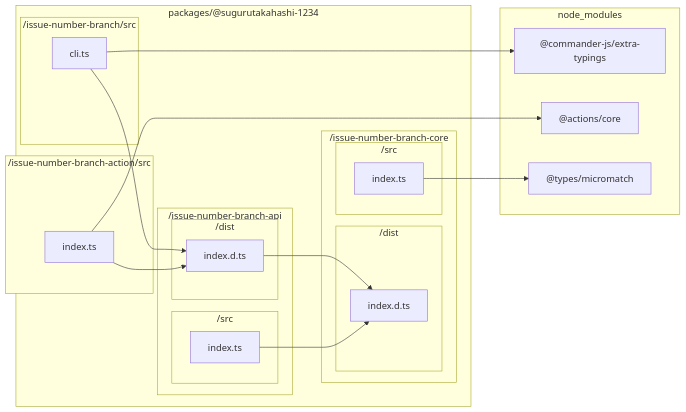
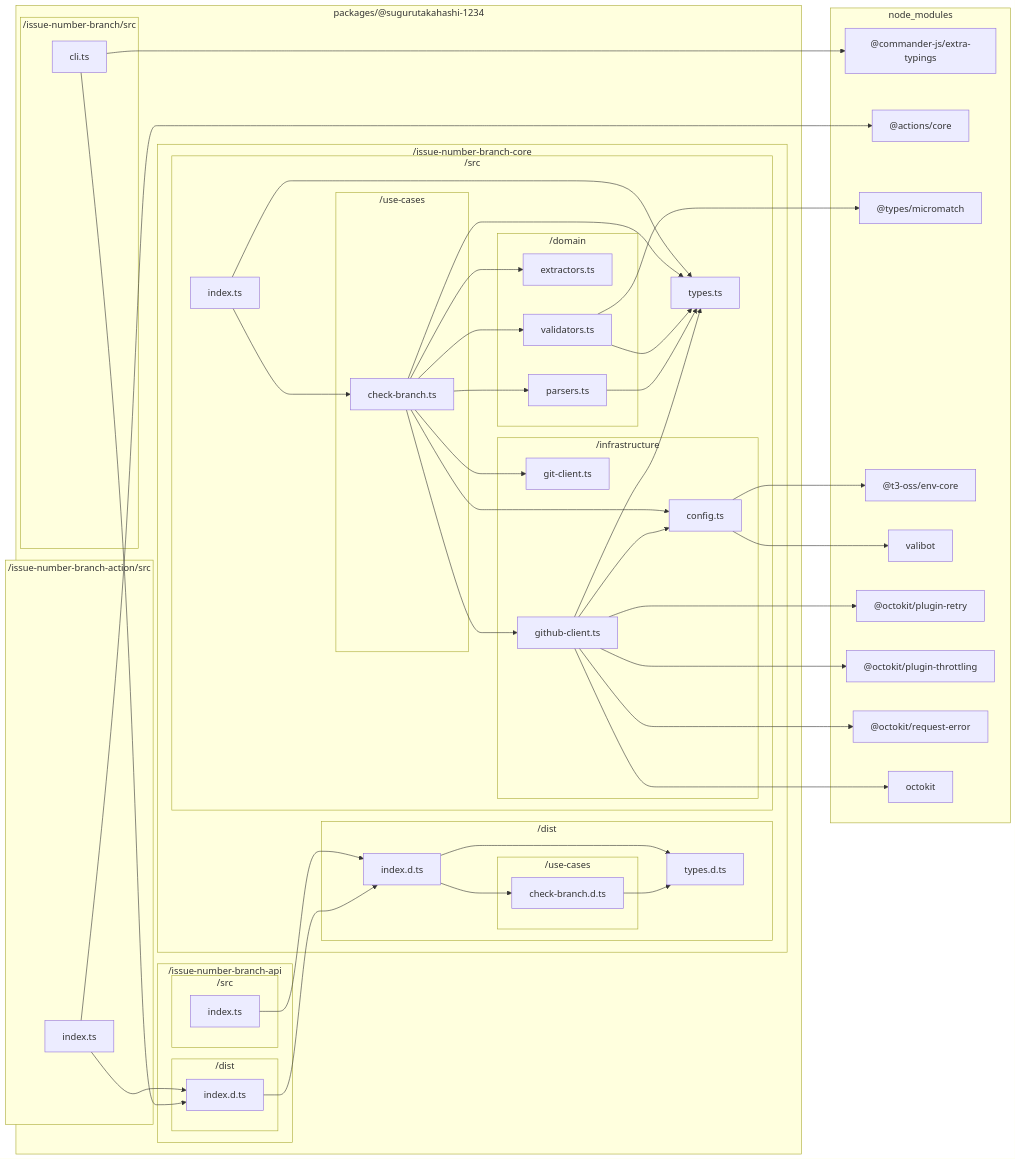
The diagram in docs/reports/dependencies/all.md (sugurutakahashi-1234/issue-linker), drawn with Mermaid before and after one commit. The commit also changed 32 other files, not shown here.

First line of the commit message:
feat: refactor issue-number-branch packages [deps-change]

````diff
--- a/docs/reports/dependencies/all.md
+++ b/docs/reports/dependencies/all.md
@@ -9,10 +9,28 @@
     subgraph packages///sugurutakahashi//1234["packages/@sugurutakahashi-1234"]
         subgraph packages///sugurutakahashi//1234/issue//number//branch//core["/issue-number-branch-core"]
             subgraph packages///sugurutakahashi//1234/issue//number//branch//core/dist["/dist"]
+                packages///sugurutakahashi//1234/issue//number//branch//core/dist/types.d.ts["types.d.ts"]
                 packages///sugurutakahashi//1234/issue//number//branch//core/dist/index.d.ts["index.d.ts"]
+                subgraph packages///sugurutakahashi//1234/issue//number//branch//core/dist/use//cases["/use-cases"]
+                    packages///sugurutakahashi//1234/issue//number//branch//core/dist/use//cases/check//branch.d.ts["check-branch.d.ts"]
+                end
             end
             subgraph packages///sugurutakahashi//1234/issue//number//branch//core/src["/src"]
+                packages///sugurutakahashi//1234/issue//number//branch//core/src/types.ts["types.ts"]
                 packages///sugurutakahashi//1234/issue//number//branch//core/src/index.ts["index.ts"]
+                subgraph packages///sugurutakahashi//1234/issue//number//branch//core/src/domain["/domain"]
+                    packages///sugurutakahashi//1234/issue//number//branch//core/src/domain/extractors.ts["extractors.ts"]
+                    packages///sugurutakahashi//1234/issue//number//branch//core/src/domain/parsers.ts["parsers.ts"]
+                    packages///sugurutakahashi//1234/issue//number//branch//core/src/domain/validators.ts["validators.ts"]
+                end
+                subgraph packages///sugurutakahashi//1234/issue//number//branch//core/src/infrastructure["/infrastructure"]
+                    packages///sugurutakahashi//1234/issue//number//branch//core/src/infrastructure/config.ts["config.ts"]
+                    packages///sugurutakahashi//1234/issue//number//branch//core/src/infrastructure/git//client.ts["git-client.ts"]
+                    packages///sugurutakahashi//1234/issue//number//branch//core/src/infrastructure/github//client.ts["github-client.ts"]
+                end
+                subgraph packages///sugurutakahashi//1234/issue//number//branch//core/src/use//cases["/use-cases"]
+                    packages///sugurutakahashi//1234/issue//number//branch//core/src/use//cases/check//branch.ts["check-branch.ts"]
+                end
             end
         end
         subgraph packages///sugurutakahashi//1234/issue//number//branch//api["/issue-number-branch-api"]
@@ -34,12 +52,40 @@
         node//modules///commander//js/extra//typings/index.d.ts["@commander-js/extra-typings"]
         node//modules///actions/core/lib/core.d.ts["@actions/core"]
         node//modules///types/micromatch/index.d.ts["@types/micromatch"]
+        node//modules///t3//oss/env//core/dist/index.d.ts["@t3-oss/env-core"]
+        node//modules/valibot/dist/index.d.cts["valibot"]
+        node//modules///octokit/plugin//retry/dist//types/index.d.ts["@octokit/plugin-retry"]
+        node//modules///octokit/plugin//throttling/dist//types/index.d.ts["@octokit/plugin-throttling"]
+        node//modules///octokit/request//error/dist//types/index.d.ts["@octokit/request-error"]
+        node//modules/octokit/dist//types/index.d.ts["octokit"]
     end
+    packages///sugurutakahashi//1234/issue//number//branch//core/dist/use//cases/check//branch.d.ts-->packages///sugurutakahashi//1234/issue//number//branch//core/dist/types.d.ts
+    packages///sugurutakahashi//1234/issue//number//branch//core/dist/index.d.ts-->packages///sugurutakahashi//1234/issue//number//branch//core/dist/types.d.ts
+    packages///sugurutakahashi//1234/issue//number//branch//core/dist/index.d.ts-->packages///sugurutakahashi//1234/issue//number//branch//core/dist/use//cases/check//branch.d.ts
     packages///sugurutakahashi//1234/issue//number//branch//api/dist/index.d.ts-->packages///sugurutakahashi//1234/issue//number//branch//core/dist/index.d.ts
     packages///sugurutakahashi//1234/issue//number//branch/src/cli.ts-->node//modules///commander//js/extra//typings/index.d.ts
     packages///sugurutakahashi//1234/issue//number//branch/src/cli.ts-->packages///sugurutakahashi//1234/issue//number//branch//api/dist/index.d.ts
     packages///sugurutakahashi//1234/issue//number//branch//action/src/index.ts-->node//modules///actions/core/lib/core.d.ts
     packages///sugurutakahashi//1234/issue//number//branch//action/src/index.ts-->packages///sugurutakahashi//1234/issue//number//branch//api/dist/index.d.ts
     packages///sugurutakahashi//1234/issue//number//branch//api/src/index.ts-->packages///sugurutakahashi//1234/issue//number//branch//core/dist/index.d.ts
-    packages///sugurutakahashi//1234/issue//number//branch//core/src/index.ts-->node//modules///types/micromatch/index.d.ts
+    packages///sugurutakahashi//1234/issue//number//branch//core/src/domain/parsers.ts-->packages///sugurutakahashi//1234/issue//number//branch//core/src/types.ts
+    packages///sugurutakahashi//1234/issue//number//branch//core/src/domain/validators.ts-->node//modules///types/micromatch/index.d.ts
+    packages///sugurutakahashi//1234/issue//number//branch//core/src/domain/validators.ts-->packages///sugurutakahashi//1234/issue//number//branch//core/src/types.ts
+    packages///sugurutakahashi//1234/issue//number//branch//core/src/infrastructure/config.ts-->node//modules///t3//oss/env//core/dist/index.d.ts
+    packages///sugurutakahashi//1234/issue//number//branch//core/src/infrastructure/config.ts-->node//modules/valibot/dist/index.d.cts
+    packages///sugurutakahashi//1234/issue//number//branch//core/src/infrastructure/github//client.ts-->node//modules///octokit/plugin//retry/dist//types/index.d.ts
+    packages///sugurutakahashi//1234/issue//number//branch//core/src/infrastructure/github//client.ts-->node//modules///octokit/plugin//throttling/dist//types/index.d.ts
+    packages///sugurutakahashi//1234/issue//number//branch//core/src/infrastructure/github//client.ts-->node//modules///octokit/request//error/dist//types/index.d.ts
+    packages///sugurutakahashi//1234/issue//number//branch//core/src/infrastructure/github//client.ts-->node//modules/octokit/dist//types/index.d.ts
+    packages///sugurutakahashi//1234/issue//number//branch//core/src/infrastructure/github//client.ts-->packages///sugurutakahashi//1234/issue//number//branch//core/src/types.ts
+    packages///sugurutakahashi//1234/issue//number//branch//core/src/infrastructure/github//client.ts-->packages///sugurutakahashi//1234/issue//number//branch//core/src/infrastructure/config.ts
+    packages///sugurutakahashi//1234/issue//number//branch//core/src/use//cases/check//branch.ts-->packages///sugurutakahashi//1234/issue//number//branch//core/src/domain/extractors.ts
+    packages///sugurutakahashi//1234/issue//number//branch//core/src/use//cases/check//branch.ts-->packages///sugurutakahashi//1234/issue//number//branch//core/src/domain/parsers.ts
+    packages///sugurutakahashi//1234/issue//number//branch//core/src/use//cases/check//branch.ts-->packages///sugurutakahashi//1234/issue//number//branch//core/src/domain/validators.ts
+    packages///sugurutakahashi//1234/issue//number//branch//core/src/use//cases/check//branch.ts-->packages///sugurutakahashi//1234/issue//number//branch//core/src/infrastructure/config.ts
+    packages///sugurutakahashi//1234/issue//number//branch//core/src/use//cases/check//branch.ts-->packages///sugurutakahashi//1234/issue//number//branch//core/src/infrastructure/git//client.ts
+    packages///sugurutakahashi//1234/issue//number//branch//core/src/use//cases/check//branch.ts-->packages///sugurutakahashi//1234/issue//number//branch//core/src/infrastructure/github//client.ts
+    packages///sugurutakahashi//1234/issue//number//branch//core/src/use//cases/check//branch.ts-->packages///sugurutakahashi//1234/issue//number//branch//core/src/types.ts
+    packages///sugurutakahashi//1234/issue//number//branch//core/src/index.ts-->packages///sugurutakahashi//1234/issue//number//branch//core/src/types.ts
+    packages///sugurutakahashi//1234/issue//number//branch//core/src/index.ts-->packages///sugurutakahashi//1234/issue//number//branch//core/src/use//cases/check//branch.ts
 ```
````
